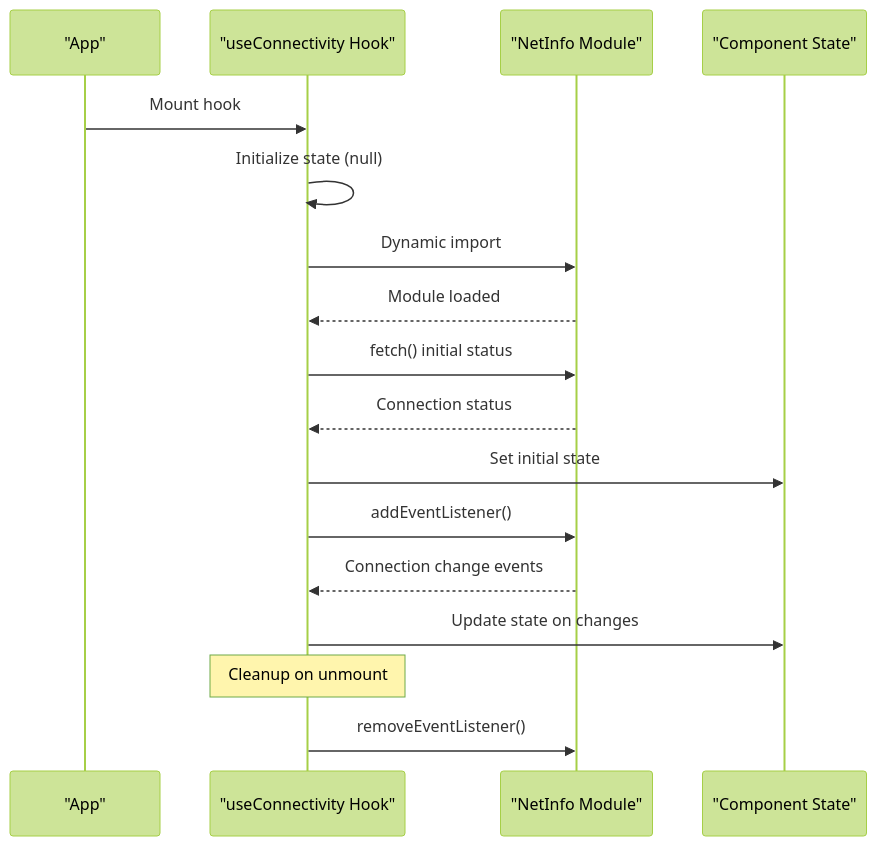
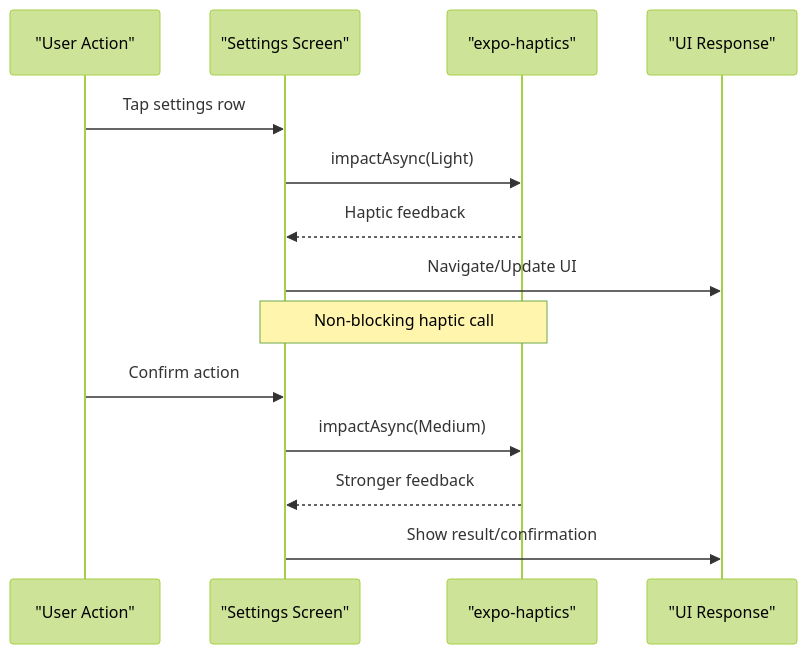
The fifth of 11 diagrams in .qoder/repowiki/en/content/Settings and Configuration.md (AdeelTahir-SE/DermSight), drawn with Mermaid (forest theme) before and after one commit. The commit also changed other lines of this file and 37 other files, not shown here.

````diff
--- a/.qoder/repowiki/en/content/Settings and Configuration.md
+++ b/.qoder/repowiki/en/content/Settings and Configuration.md
@@ -294,19 +306,16 @@
 ```mermaid
 sequenceDiagram
-participant App as "App"
-participant Hook as "useConnectivity Hook"
-participant NetInfo as "NetInfo Module"
-participant State as "Component State"
-App->>Hook : Mount hook
-Hook->>Hook : Initialize state (null)
-Hook->>NetInfo : Dynamic import
-NetInfo-->>Hook : Module loaded
-Hook->>NetInfo : fetch() initial status
-NetInfo-->>Hook : Connection status
-Hook->>State : Set initial state
-Hook->>NetInfo : addEventListener()
-NetInfo-->>Hook : Connection change events
-Hook->>State : Update state on changes
-Note over Hook : Cleanup on unmount
-Hook->>NetInfo : removeEventListener()
+participant User as "User Action"
+participant Settings as "Settings Screen"
+participant Haptics as "expo-haptics"
+participant UI as "UI Response"
+User->>Settings : Tap settings row
+Settings->>Haptics : impactAsync(Light)
+Haptics-->>Settings : Haptic feedback
+Settings->>UI : Navigate/Update UI
+Note over Settings,Haptics : Non-blocking haptic call
+User->>Settings : Confirm action
+Settings->>Haptics : impactAsync(Medium)
+Haptics-->>Settings : Stronger feedback
+Settings->>UI : Show result/confirmation
 ```
````
